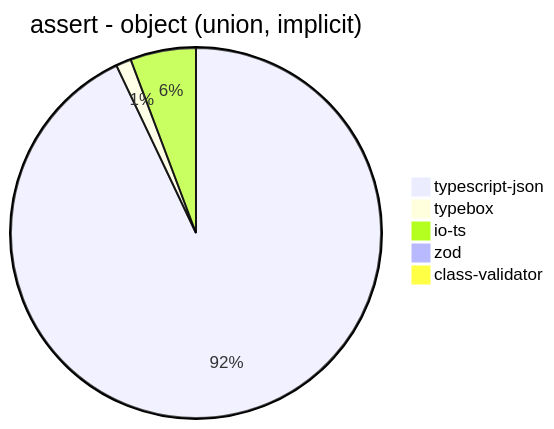
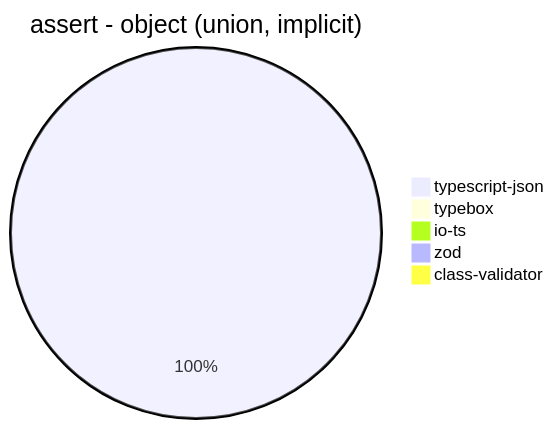
One commit to samchon/typia changed diagram 12 of 39 in benchmark/results/11th Gen Intel(R) Core(TM) i5-1135G7 @ 2.40GHz.md. Above: the diagram before and after it, drawn with Mermaid. The commit also changed other lines of this file and 177 other files, not shown here.

````diff
--- a/benchmark/results/11th Gen Intel(R) Core(TM) i5-1135G7 @ 2.40GHz.md
+++ b/benchmark/results/11th Gen Intel(R) Core(TM) i5-1135G7 @ 2.40GHz.md
@@ -156,8 +156,8 @@
 ```mermaid
 pie title assert - object (union, implicit)
-  "typescript-json": 4546.048944517093
-  "typebox": 64.92564381574175
-  "io-ts": 280.3548327481057
-  "zod": 17.894142022979846
-  "class-validator": 15.852534562211982
+  "typescript-json": 4320.154468554616
+  "typebox": 0
+  "io-ts": 0
+  "zod": 0
+  "class-validator": 0
 ```
````
